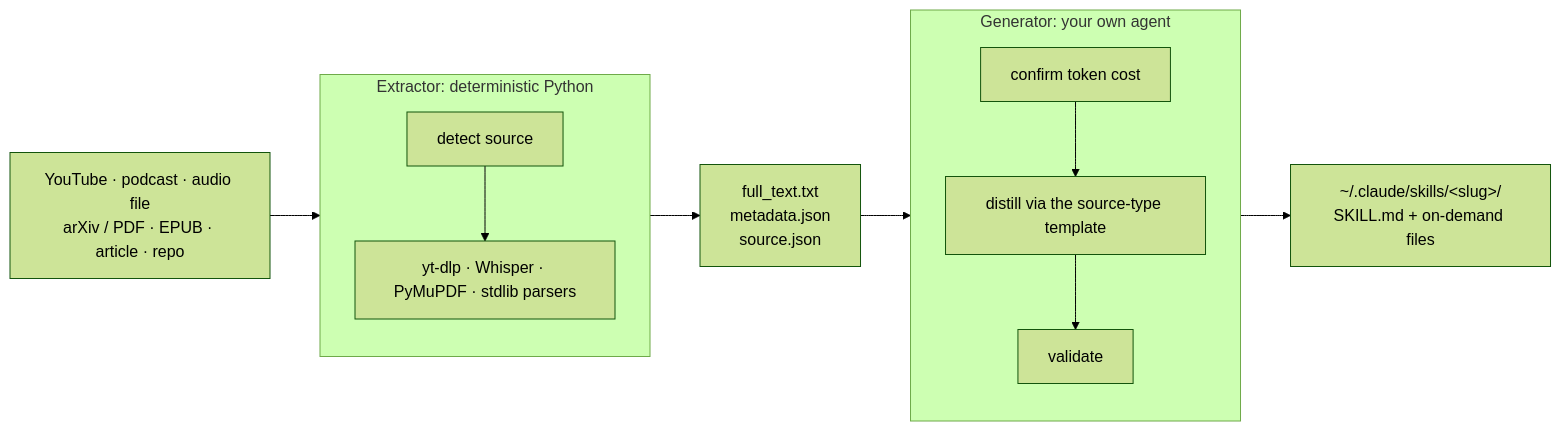
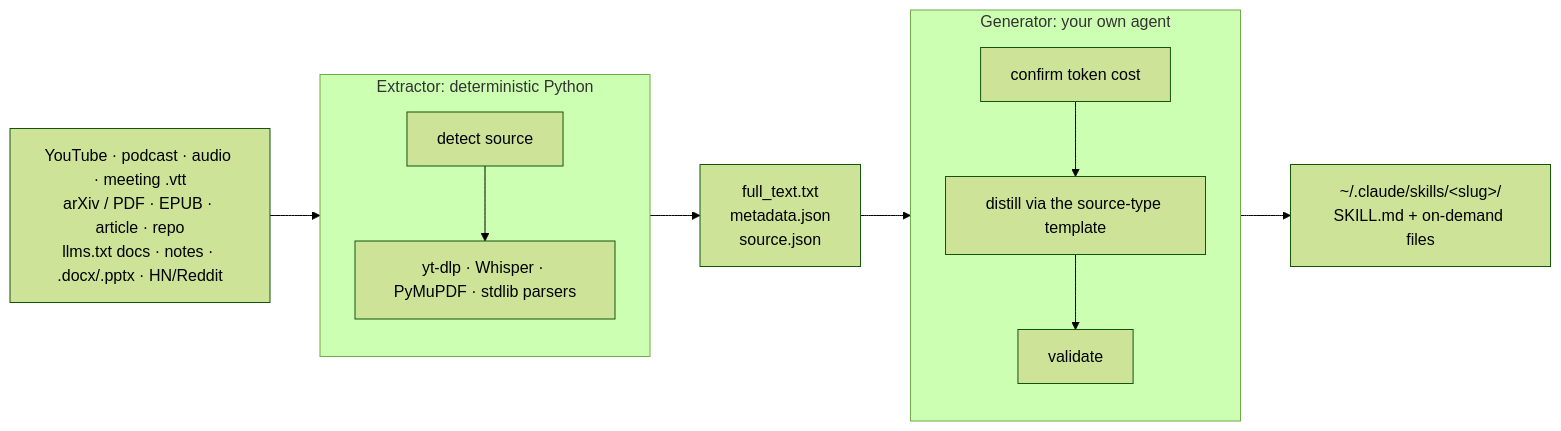
One commit to michalstrnadel/source-to-skill changed the diagram in README.md. Above: the diagram before and after it, drawn with Mermaid (forest theme). The commit also changed other lines of this file, not shown here.

````diff
--- a/README.md
+++ b/README.md
@@ -129,13 +176,13 @@
 ```mermaid
 flowchart LR
-    S["YouTube · podcast · audio file<br/>arXiv / PDF · EPUB · article · repo"] --> X
+    S["YouTube · podcast · audio · meeting .vtt<br/>arXiv / PDF · EPUB · article · repo<br/>llms.txt docs · notes · .docx/.pptx · HN/Reddit"] --> X
     subgraph X["Extractor: deterministic Python"]
         D[detect source] --> P[yt-dlp · Whisper · PyMuPDF · stdlib parsers]
     end
     X --> O["full_text.txt<br/>metadata.json<br/>source.json"]
     O --> G
     subgraph G["Generator: your own agent"]
         C[confirm token cost] --> T[distill via the source-type template] --> V[validate]
     end
     G --> K["~/.claude/skills/&lt;slug&gt;/<br/>SKILL.md + on-demand files"]
 ```
````
